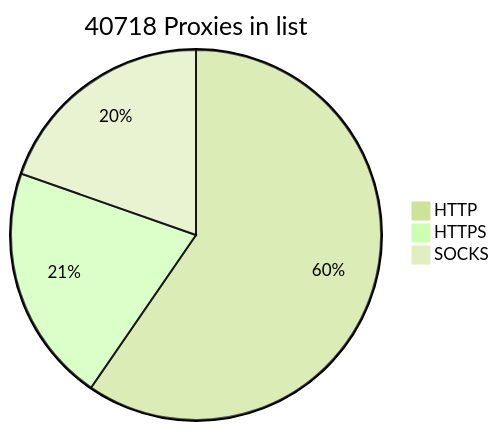
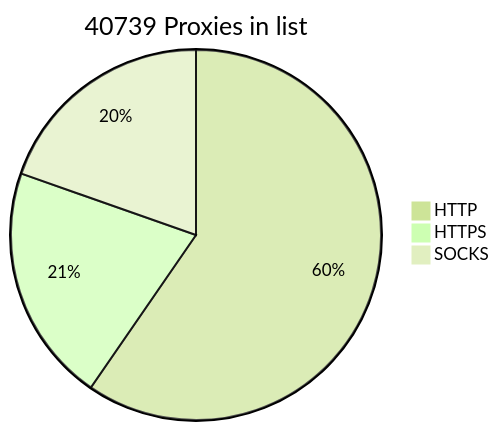
The diagram in README.md (BlackSnowDot/proxylist-update-every-minute), drawn with Mermaid (forest theme) before and after one commit.

````diff
--- a/README.md
+++ b/README.md
@@ -2,6 +2,6 @@
 ```mermaid
-pie title 40718 Proxies in list
-    "HTTP" : 28191
-    "HTTPS": 9836
+pie title 40739 Proxies in list
+    "HTTP" : 28215
+    "HTTPS": 9835
     "SOCKS" : 9287
 ```
````
